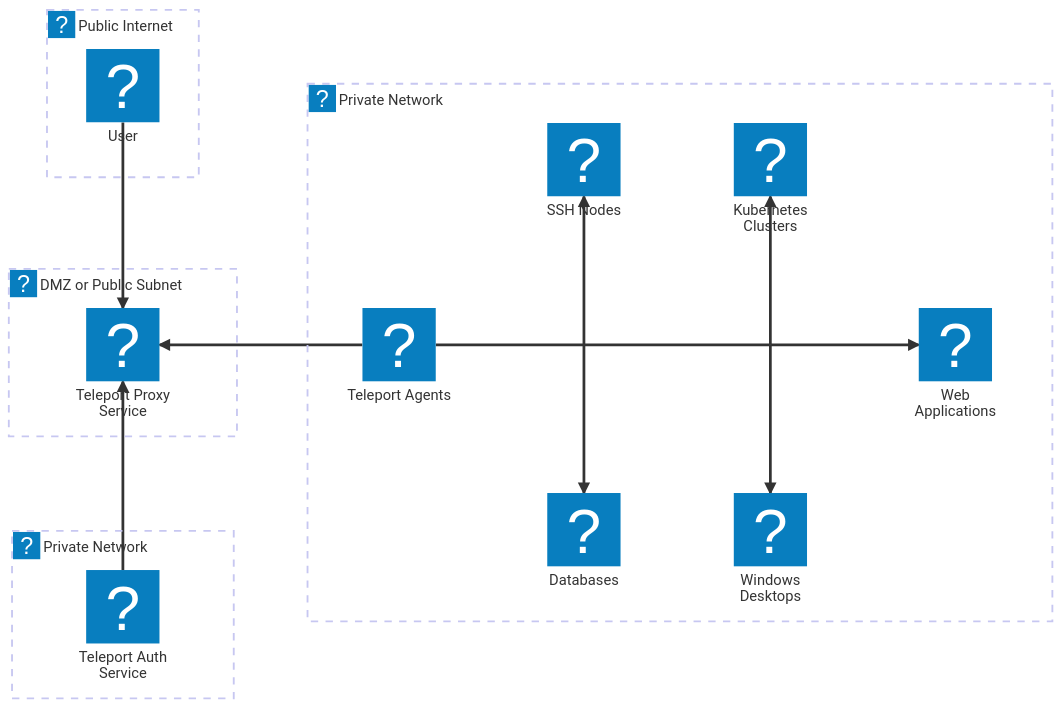
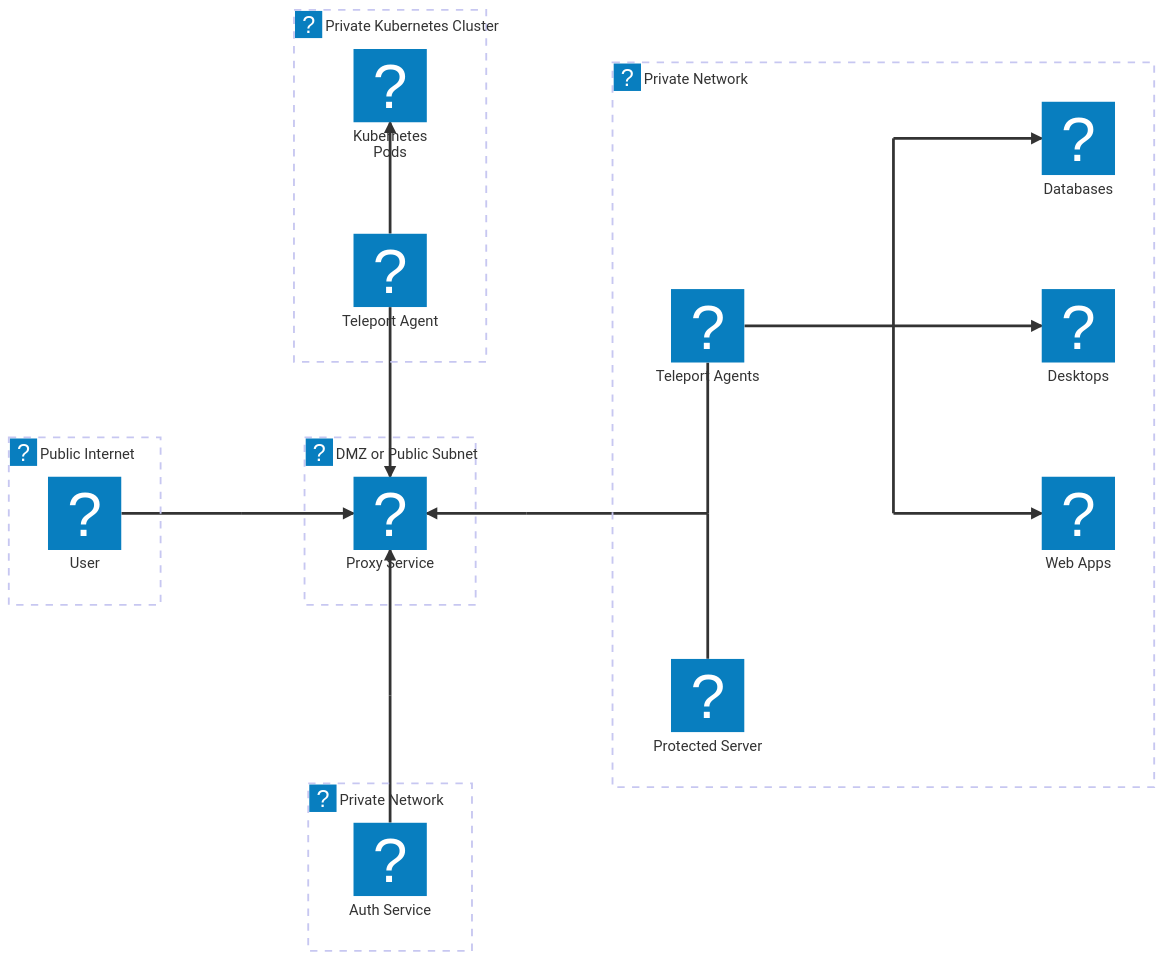
One commit to chicuongtpl/teleport changed the diagram in docs/pages/reference/deployment/networking.mdx. Above: the diagram before and after it, drawn with Mermaid.

Commit message:
Improve the Networking Reference diagram
- Separate the Linux server icon from the main agent pool to indicate
  that the agent runs on the server.
- Show a Kubernetes cluster separately from the main agent pool to
  indicate that the agent can be in the cluster.
- Add buffer junctions to ensure straight lines and proper spacing in
  the diagram.

````diff
--- a/docs/pages/reference/deployment/networking.mdx
+++ b/docs/pages/reference/deployment/networking.mdx
@@ -39,37 +39,71 @@
 ```mermaid
 architecture-beta
 
 %% Networks
 group public_net(carbon-network-public)[Public Internet]
 group dmz_net(carbon-network-public)[DMZ or Public Subnet]
 group private_net(carbon-virtual-private-cloud)[Private Network]
 group private_net2(carbon-virtual-private-cloud)[Private Network]
+group k8s_net(carbon-virtual-private-cloud)[Private Kubernetes Cluster]
 
 %% Services
 service user(carbon-user)[User] in public_net
-service proxy(teleport-logo-purple)[Teleport Proxy Service] in dmz_net
-service auth(teleport-logo-purple)[Teleport Auth Service] in private_net2
-service ssh_node(carbon-bare-metal-server)[SSH Nodes] in private_net
+service proxy(teleport-logo-purple)[Proxy Service] in dmz_net
+service auth(teleport-logo-purple)[Auth Service] in private_net2
+
+%% Core Private Services
+service agent(teleport-logo-purple)[Teleport Agents] in private_net
+service ssh_node(teleport-logo-purple)[Protected Server] in private_net
+
+%% Destination Endpoints
 service db(carbon-db2-database)[Databases] in private_net
-service agent(teleport-logo-purple)[Teleport Agents] in private_net
-service k8s(logos-kubernetes)[Kubernetes Clusters] in private_net
-service windows(carbon-virtual-desktop)[Windows Desktops] in private_net
-service webapp(carbon-code)[Web Applications] in private_net
+service windows(carbon-virtual-desktop)[Desktops] in private_net
+service webapp(carbon-code)[Web Apps] in private_net
 
-%% Connections
-junction agentconn in private_net
-junction agentconn2 in private_net
+%% Kubernetes Group Services
+service k8s_agent(teleport-logo-purple)[Teleport Agent] in k8s_net
+service k8s_pods(logos-kubernetes)[Kubernetes Pods] in k8s_net
 
-user:B --> T:proxy
+%% Routing Junctions
+junction p_conn in private_net
+junction j_mid in private_net
+junction j_top in private_net
+junction j_bot in private_net
 
-agent:L --> R:proxy
-auth:T --> B:proxy
+%% Buffer junctions for spacing
+junction j_usr_buf
+junction j_proxy_agent_buf
+junction j_auth_proxy_buf
 
-agent:R -- L:agentconn
-agentconn:T --> B:ssh_node
-agentconn:B --> T:db
-agentconn2:L -- R:agentconn
-agentconn2:T --> B:k8s
-agentconn2:B --> T:windows
-agentconn2:R --> L:webapp
+%% Control Plane & Edge Connections
+user:R -- L:j_usr_buf
+j_usr_buf:R --> L:proxy
+auth:T -- B:j_auth_proxy_buf
+j_auth_proxy_buf:T --> B:proxy
+
+%% Kubernetes Cluster routing 
+%% Moved K8s group above the Proxy
+k8s_agent:B --> T:proxy
+k8s_agent:T --> B:k8s_pods
+
+%% Reverse tunnel flow into the Proxy Service
+%% p_conn:L --> R:proxy
+
+p_conn:L -- R:j_proxy_agent_buf
+j_proxy_agent_buf:L --> R:proxy
+
+%% Positioning Teleport Agents above the SSH Service on a Linux Server
+%% service
+agent:B -- T:p_conn
+ssh_node:T -- B:p_conn
+
+%% Vertical bus creation for endpoints
+agent:R -- L:j_mid
+j_mid:T -- B:j_top
+j_mid:B -- T:j_bot
+
+%% Vertically aligned destination endpoints
+j_top:R --> L:db
+j_mid:R --> L:windows
+j_bot:R --> L:webapp
 ```
````
